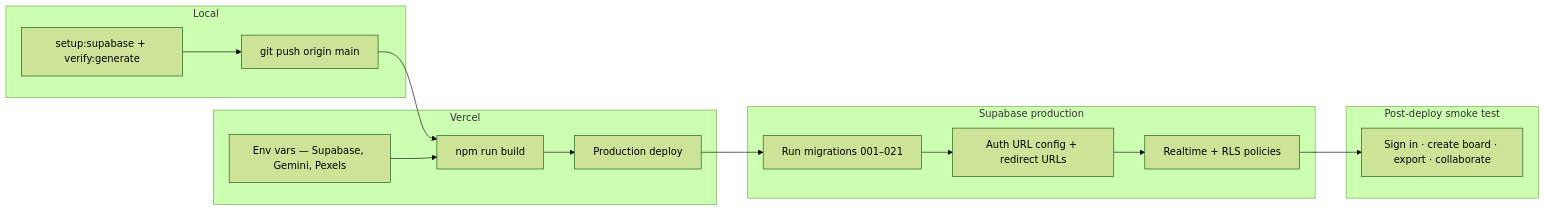
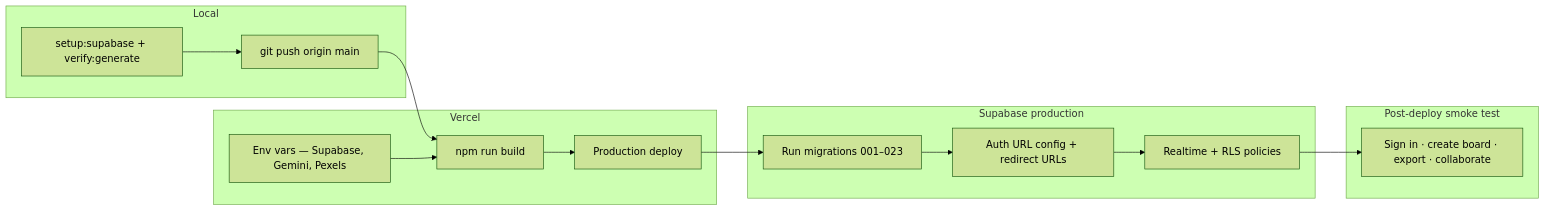
The diagram in docs/DEPLOY.md (NehangPatel23/Moodboard-AI), drawn with Mermaid (forest theme) before and after one commit. The commit also changed other lines of this file and 75 other files, not shown here.

````diff
--- a/docs/DEPLOY.md
+++ b/docs/DEPLOY.md
@@ -11,32 +11,32 @@
 ```mermaid
 flowchart LR
   subgraph local ["Local"]
     test["setup:supabase + verify:generate"]
     push["git push origin main"]
   end
 
   subgraph vercel ["Vercel"]
     build["npm run build"]
     env["Env vars — Supabase, Gemini, Pexels"]
     deploy["Production deploy"]
   end
 
   subgraph supabase ["Supabase production"]
-    mig["Run migrations 001–021"]
+    mig["Run migrations 001–023"]
     urls["Auth URL config + redirect URLs"]
     rt["Realtime + RLS policies"]
   end
 
   subgraph verify ["Post-deploy smoke test"]
     smoke["Sign in · create board · export · collaborate"]
   end
 
   test --> push
   push --> build
   env --> build
   build --> deploy
   deploy --> mig
   mig --> urls
   urls --> rt
   rt --> smoke
 ```
````
